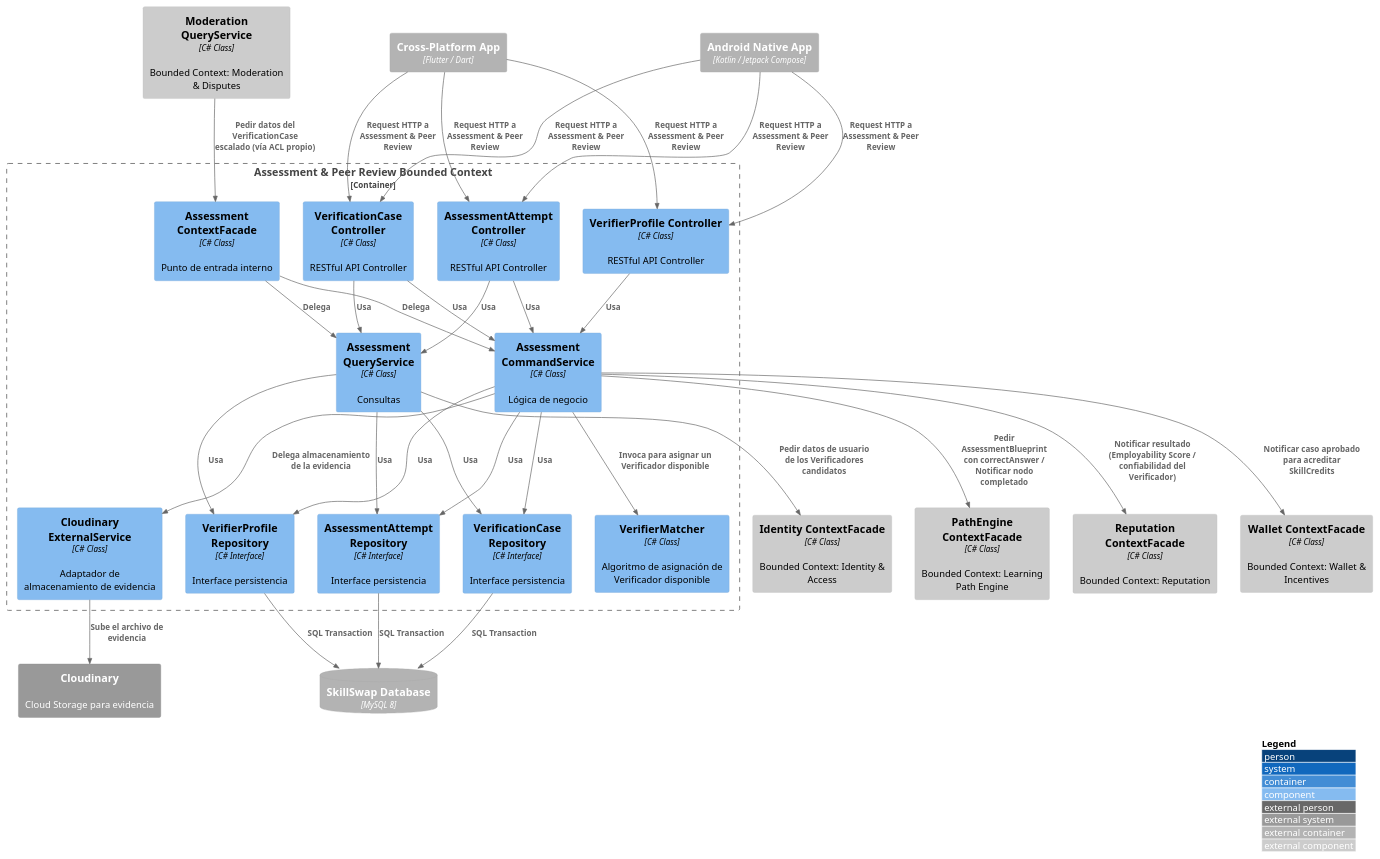
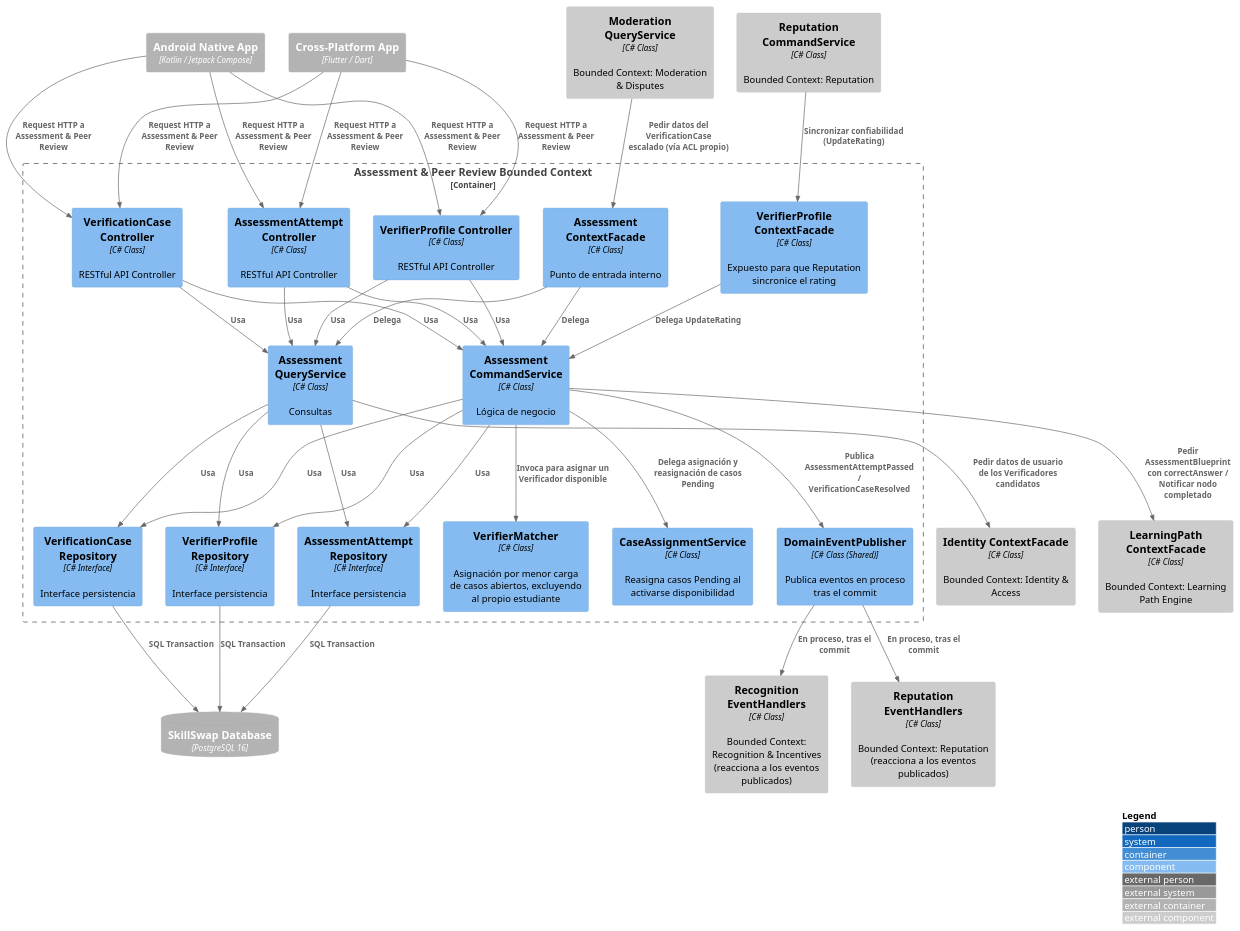
Before and after one commit to Aplicaciones-Dispositivos-Moviles/SkillSwap-ProjectReport: the diagram in DB&C4/Component_Diagram_Assessment_Peer_Review.puml, drawn with PlantUML. The commit also changed 17 other files, not shown here.

```diff
--- a/DB&C4/Component_Diagram_Assessment_Peer_Review.puml
+++ b/DB&C4/Component_Diagram_Assessment_Peer_Review.puml
@@ -1,69 +1,75 @@
 @startuml AssessmentPeerReviewComponent
 !include https://raw.githubusercontent.com/plantuml-stdlib/C4-PlantUML/master/C4_Component.puml
 
 LAYOUT_WITH_LEGEND()
 
 Container_Ext(androidApp, "Android Native App", "Kotlin / Jetpack Compose")
 Container_Ext(flutterApp, "Cross-Platform App", "Flutter / Dart")
-ContainerDb_Ext(mainDB, "SkillSwap Database", "MySQL 8")
-System_Ext(cloudStorage, "Cloudinary", "Cloud Storage para evidencia")
+ContainerDb_Ext(mainDB, "SkillSwap Database", "PostgreSQL 16")
 
 Container_Boundary(assessmentBC, "Assessment & Peer Review Bounded Context") {
     Component(assessmentAttemptController, "AssessmentAttempt Controller", "C# Class", "RESTful API Controller")
     Component(verificationCaseController, "VerificationCase Controller", "C# Class", "RESTful API Controller")
     Component(verifierProfileController, "VerifierProfile Controller", "C# Class", "RESTful API Controller")
     Component(assessmentCommandService, "Assessment CommandService", "C# Class", "Lógica de negocio")
     Component(assessmentQueryService, "Assessment QueryService", "C# Class", "Consultas")
-    Component(verifierMatcher, "VerifierMatcher", "C# Class", "Algoritmo de asignación de Verificador disponible")
+    Component(verifierMatcher, "VerifierMatcher", "C# Class", "Asignación por menor carga de casos abiertos, excluyendo al propio estudiante")
+    Component(caseAssignmentService, "CaseAssignmentService", "C# Class", "Reasigna casos Pending al activarse disponibilidad")
     Component(attemptRepository, "AssessmentAttempt Repository", "C# Interface", "Interface persistencia")
     Component(verifierProfileRepository, "VerifierProfile Repository", "C# Interface", "Interface persistencia")
     Component(caseRepository, "VerificationCase Repository", "C# Interface", "Interface persistencia")
-    Component(evidenceExternal, "Cloudinary ExternalService", "C# Class", "Adaptador de almacenamiento de evidencia")
+    Component(domainEventPublisher, "DomainEventPublisher", "C# Class (Shared)", "Publica eventos en proceso tras el commit")
     Component(assessmentContextFacade, "Assessment ContextFacade", "C# Class", "Punto de entrada interno")
+    Component(verifierProfileContextFacade, "VerifierProfile ContextFacade", "C# Class", "Expuesto para que Reputation sincronice el rating")
 }
 
-Component_Ext(pathEngineContextFacade, "PathEngine ContextFacade", "C# Class", "Bounded Context: Learning Path Engine")
+Component_Ext(pathEngineContextFacade, "LearningPath ContextFacade", "C# Class", "Bounded Context: Learning Path Engine")
 Component_Ext(identityContextFacade, "Identity ContextFacade", "C# Class", "Bounded Context: Identity & Access")
-Component_Ext(reputationContextFacade, "Reputation ContextFacade", "C# Class", "Bounded Context: Reputation")
-Component_Ext(walletContextFacade, "Wallet ContextFacade", "C# Class", "Bounded Context: Wallet & Incentives")
+Component_Ext(reputationCommandService, "Reputation CommandService", "C# Class", "Bounded Context: Reputation")
+Component_Ext(reputationEventHandlers, "Reputation EventHandlers", "C# Class", "Bounded Context: Reputation (reacciona a los eventos publicados)")
+Component_Ext(recognitionEventHandlers, "Recognition EventHandlers", "C# Class", "Bounded Context: Recognition & Incentives (reacciona a los eventos publicados)")
 Component_Ext(moderationQueryService, "Moderation QueryService", "C# Class", "Bounded Context: Moderation & Disputes")
 
 Rel(androidApp, assessmentAttemptController, "Request HTTP a Assessment & Peer Review")
 Rel(flutterApp, assessmentAttemptController, "Request HTTP a Assessment & Peer Review")
 Rel(androidApp, verificationCaseController, "Request HTTP a Assessment & Peer Review")
 Rel(flutterApp, verificationCaseController, "Request HTTP a Assessment & Peer Review")
 Rel(androidApp, verifierProfileController, "Request HTTP a Assessment & Peer Review")
 Rel(flutterApp, verifierProfileController, "Request HTTP a Assessment & Peer Review")
 
 Rel(assessmentAttemptController, assessmentCommandService, "Usa")
 Rel(assessmentAttemptController, assessmentQueryService, "Usa")
 Rel(verificationCaseController, assessmentCommandService, "Usa")
 Rel(verificationCaseController, assessmentQueryService, "Usa")
 Rel(verifierProfileController, assessmentCommandService, "Usa")
+Rel(verifierProfileController, assessmentQueryService, "Usa")
 
 Rel(assessmentCommandService, attemptRepository, "Usa")
 Rel(assessmentCommandService, verifierProfileRepository, "Usa")
 Rel(assessmentCommandService, caseRepository, "Usa")
 Rel(assessmentQueryService, attemptRepository, "Usa")
 Rel(assessmentQueryService, verifierProfileRepository, "Usa")
 Rel(assessmentQueryService, caseRepository, "Usa")
 
 Rel(attemptRepository, mainDB, "SQL Transaction")
 Rel(verifierProfileRepository, mainDB, "SQL Transaction")
 Rel(caseRepository, mainDB, "SQL Transaction")
 
 Rel(assessmentCommandService, verifierMatcher, "Invoca para asignar un Verificador disponible")
-Rel(assessmentCommandService, evidenceExternal, "Delega almacenamiento de la evidencia")
-Rel(evidenceExternal, cloudStorage, "Sube el archivo de evidencia")
+Rel(assessmentCommandService, caseAssignmentService, "Delega asignación y reasignación de casos Pending")
 
 Rel(assessmentCommandService, pathEngineContextFacade, "Pedir AssessmentBlueprint con correctAnswer / Notificar nodo completado")
-Rel(assessmentCommandService, reputationContextFacade, "Notificar resultado (Employability Score / confiabilidad del Verificador)")
-Rel(assessmentCommandService, walletContextFacade, "Notificar caso aprobado para acreditar SkillCredits")
 Rel(assessmentQueryService, identityContextFacade, "Pedir datos de usuario de los Verificadores candidatos")
+
+Rel(assessmentCommandService, domainEventPublisher, "Publica AssessmentAttemptPassed / VerificationCaseResolved")
+Rel(domainEventPublisher, reputationEventHandlers, "En proceso, tras el commit")
+Rel(domainEventPublisher, recognitionEventHandlers, "En proceso, tras el commit")
 
 Rel(assessmentContextFacade, assessmentCommandService, "Delega")
 Rel(assessmentContextFacade, assessmentQueryService, "Delega")
+Rel(verifierProfileContextFacade, assessmentCommandService, "Delega UpdateRating")
 
 Rel(moderationQueryService, assessmentContextFacade, "Pedir datos del VerificationCase escalado (vía ACL propio)")
+Rel(reputationCommandService, verifierProfileContextFacade, "Sincronizar confiabilidad (UpdateRating)")
 
 @enduml
```
